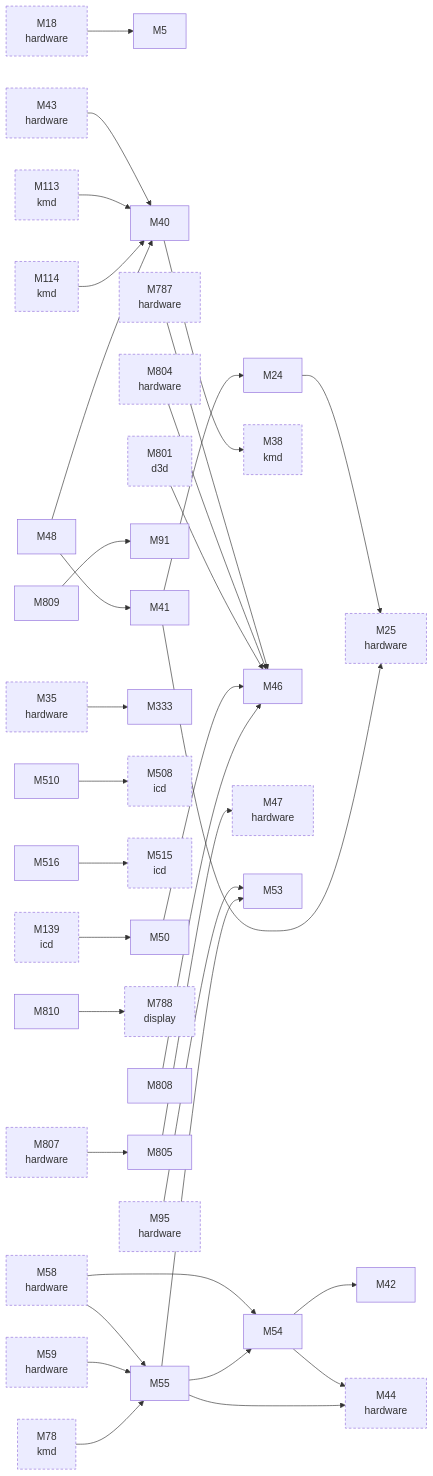
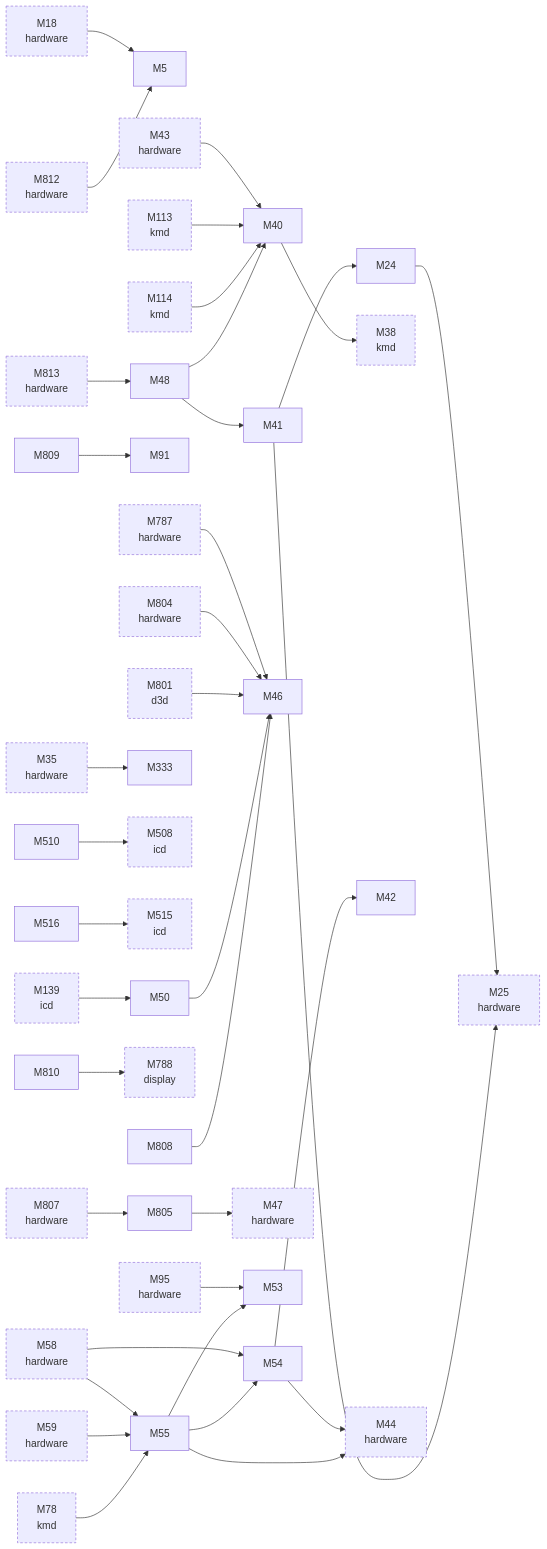
Before and after one commit to D-Ogi/amdgpu-wddm: the second of 2 diagrams in docs/facts/graphs/linux.md, drawn with Mermaid. The commit also changed 96 other files, not shown here.

````diff
--- a/docs/facts/graphs/linux.md
+++ b/docs/facts/graphs/linux.md
@@ -42,78 +42,82 @@
 ```mermaid
 flowchart LR
   M5["M5"]
   M18["M18<br/>hardware"]
   M24["M24"]
   M25["M25<br/>hardware"]
   M35["M35<br/>hardware"]
   M38["M38<br/>kmd"]
   M40["M40"]
   M41["M41"]
   M42["M42"]
   M43["M43<br/>hardware"]
   M44["M44<br/>hardware"]
   M46["M46"]
   M47["M47<br/>hardware"]
   M48["M48"]
   M50["M50"]
   M53["M53"]
   M54["M54"]
   M55["M55"]
   M58["M58<br/>hardware"]
   M59["M59<br/>hardware"]
   M78["M78<br/>kmd"]
   M91["M91"]
   M95["M95<br/>hardware"]
   M113["M113<br/>kmd"]
   M114["M114<br/>kmd"]
   M139["M139<br/>icd"]
   M333["M333"]
   M508["M508<br/>icd"]
   M510["M510"]
   M515["M515<br/>icd"]
   M516["M516"]
   M787["M787<br/>hardware"]
   M788["M788<br/>display"]
   M801["M801<br/>d3d"]
   M804["M804<br/>hardware"]
   M805["M805"]
   M807["M807<br/>hardware"]
   M808["M808"]
   M809["M809"]
   M810["M810"]
+  M812["M812<br/>hardware"]
+  M813["M813<br/>hardware"]
   M18 --> M5
   M35 --> M333
   M43 --> M40
   M58 --> M54
   M58 --> M55
   M59 --> M55
   M95 --> M53
   M787 --> M46
   M804 --> M46
   M807 --> M805
+  M812 --> M5
+  M813 --> M48
   M78 --> M55
   M113 --> M40
   M114 --> M40
   M139 --> M50
   M801 --> M46
   M24 --> M25
   M40 --> M38
   M41 --> M24
   M41 --> M25
   M48 --> M40
   M48 --> M41
   M50 --> M46
   M54 --> M42
   M54 --> M44
   M55 --> M44
   M55 --> M53
   M55 --> M54
   M510 --> M508
   M516 --> M515
   M805 --> M47
   M808 --> M46
   M809 --> M91
   M810 --> M788
   classDef other stroke-dasharray:4 3
-  class M18,M25,M35,M38,M43,M44,M47,M58,M59,M78,M95,M113,M114,M139,M508,M515,M787,M788,M801,M804,M807 other
+  class M18,M25,M35,M38,M43,M44,M47,M58,M59,M78,M95,M113,M114,M139,M508,M515,M787,M788,M801,M804,M807,M812,M813 other
 ```
````
